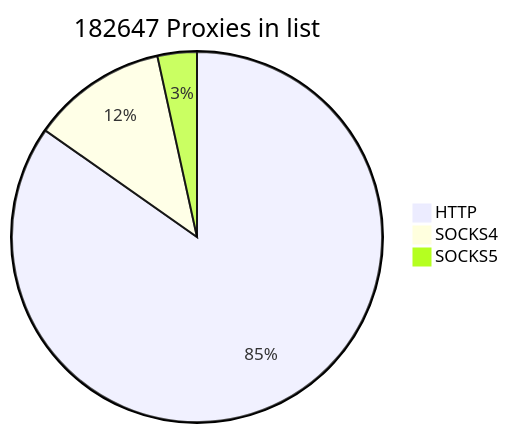
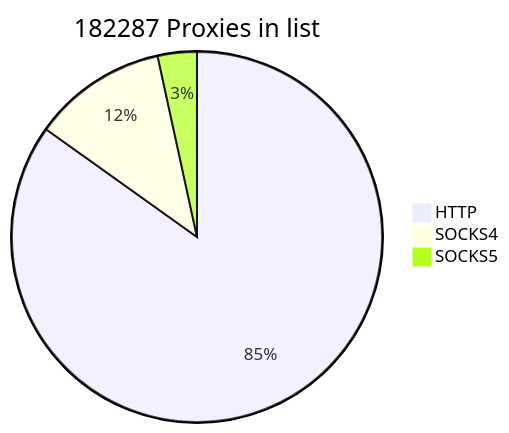
The first of 2 diagrams in README.md (cutipu/proxylist), drawn with Mermaid before and after one commit. The commit also changed other lines of this file, not shown here.

````diff
--- a/README.md
+++ b/README.md
@@ -2,7 +2,7 @@
 ```mermaid
-pie title 182647 Proxies in list
-    "HTTP" : 154787
-    "SOCKS4" : 21590
-    "SOCKS5" : 6270
+pie title 182287 Proxies in list
+    "HTTP" : 154696
+    "SOCKS4" : 21368
+    "SOCKS5" : 6223
             
 ```
````
